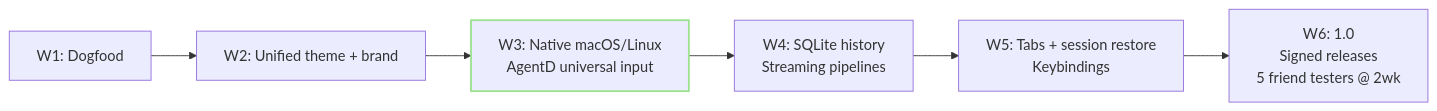
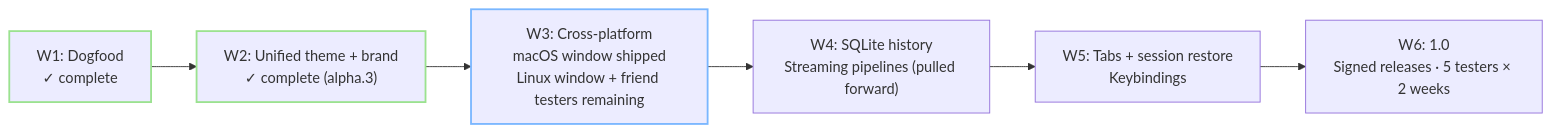
Before and after one commit to PascalAI2024/ZiggyZag: the second of 2 diagrams in README.md, drawn with Mermaid. The commit also changed other lines of this file and 3 other files, not shown here.

First line of the commit message:
docs: showcase README + docs overhaul for macOS alpha sprint

````diff
--- a/README.md
+++ b/README.md
@@ -118,9 +173,13 @@
 ```mermaid
 flowchart LR
-    w1["W1: Dogfood"] --> w2["W2: Unified theme + brand"]
-    w2 --> w3["W3: Native macOS/Linux\nAgentD universal input"]
-    w3 --> w4["W4: SQLite history\nStreaming pipelines"]
-    w4 --> w5["W5: Tabs + session restore\nKeybindings"]
-    w5 --> w6["W6: 1.0\nSigned releases\n5 friend testers @ 2wk"]
-    style w3 stroke:#9be28f,stroke-width:2px
+    w1["W1: Dogfood\n✓ complete"]
+    w2["W2: Unified theme + brand\n✓ complete (alpha.3)"]
+    w3["W3: Cross-platform\nmacOS window shipped\nLinux window + friend testers remaining"]
+    w4["W4: SQLite history\nStreaming pipelines (pulled forward)"]
+    w5["W5: Tabs + session restore\nKeybindings"]
+    w6["W6: 1.0\nSigned releases · 5 testers × 2 weeks"]
+    w1 --> w2 --> w3 --> w4 --> w5 --> w6
+    style w1 stroke:#9be28f,stroke-width:2px
+    style w2 stroke:#9be28f,stroke-width:2px
+    style w3 stroke:#7ab7ff,stroke-width:2px
 ```
````
